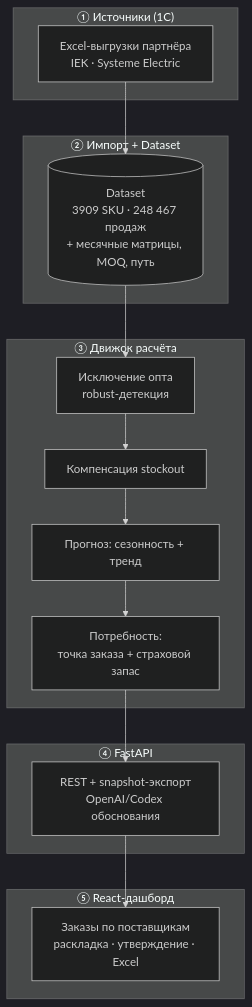
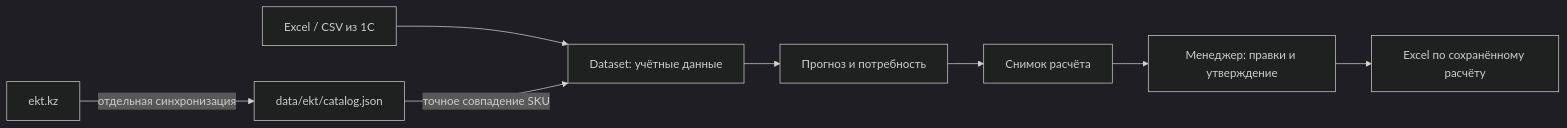
The diagram in README.md (BAITC-Hacks/hack-a84ff6d0-hubtech), drawn with Mermaid (dark theme) before and after one commit. The commit also changed other lines of this file and 32 other files, not shown here.

````diff
--- a/README.md
+++ b/README.md
@@ -25,22 +16,10 @@
 ```mermaid
-flowchart TD
-    subgraph Src["① Источники (1С)"]
-        X["Excel-выгрузки партнёра<br/>IEK · Systeme Electric"]
-    end
-    subgraph ETL["② Импорт + Dataset"]
-        D[("Dataset<br/>3909 SKU · 248 467 продаж<br/>+ месячные матрицы, MOQ, путь")]
-    end
-    subgraph ENG["③ Движок расчёта"]
-        E1["Исключение опта<br/>robust-детекция"]
-        E2["Компенсация stockout"]
-        E3["Прогноз: сезонность + тренд"]
-        E4["Потребность:<br/>точка заказа + страховой запас"]
-    end
-    subgraph API["④ FastAPI"]
-        A["REST + snapshot-экспорт<br/>OpenAI/Codex обоснования"]
-    end
-    subgraph UI["⑤ React-дашборд"]
-        U["Заказы по поставщикам<br/>раскладка · утверждение · Excel"]
-    end
-    X --> D --> E1 --> E2 --> E3 --> E4 --> A --> U
+flowchart LR
+    X["Excel / CSV из 1С"] --> D["Dataset: учётные данные"]
+    W["ekt.kz"] -->|отдельная синхронизация| J["data/ekt/catalog.json"]
+    J -->|точное совпадение SKU| D
+    D --> E["Прогноз и потребность"]
+    E --> S["Снимок расчёта"]
+    S --> U["Менеджер: правки и утверждение"]
+    U --> F["Excel по сохранённому расчёту"]
 ```
````
